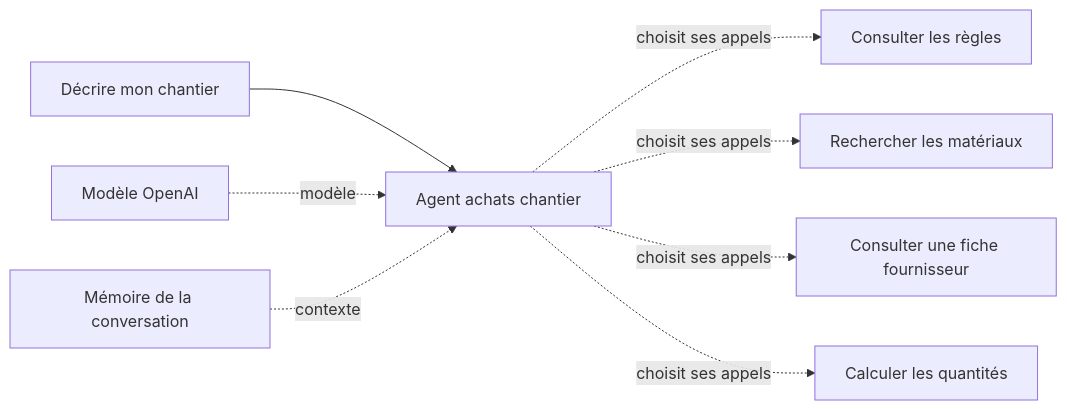
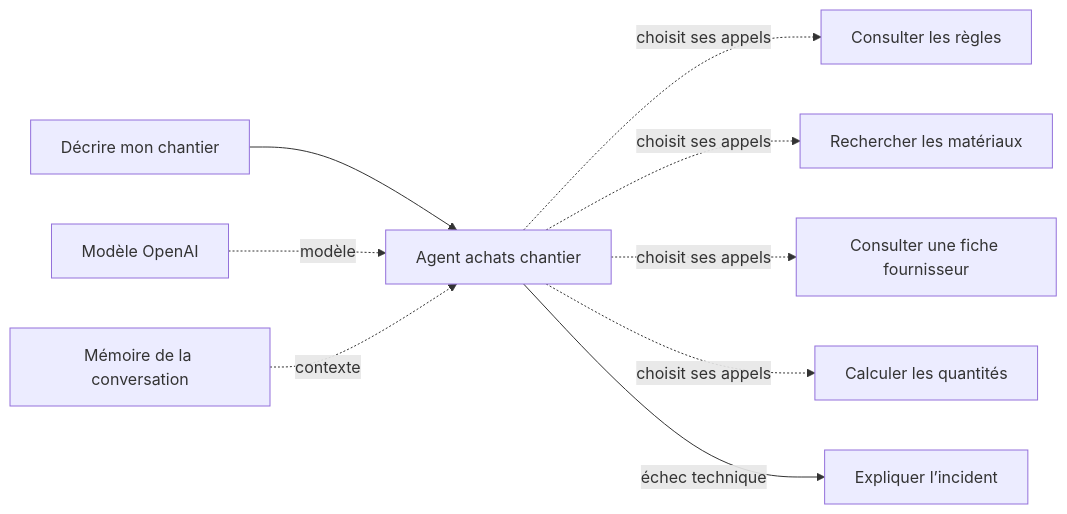
Before and after one commit to nicolashedoire/n8n-docker: the diagram in chantier/docs/GUIDE-ENTRETIEN.md, drawn with Mermaid. The commit also changed other lines of this file and 9 other files, not shown here.

````diff
--- a/chantier/docs/GUIDE-ENTRETIEN.md
+++ b/chantier/docs/GUIDE-ENTRETIEN.md
@@ -17,10 +17,11 @@
 ```mermaid
 flowchart LR
     Chat[Décrire mon chantier] --> Agent[Agent achats chantier]
     Model[Modèle OpenAI] -. modèle .-> Agent
     Memory[Mémoire de la conversation] -. contexte .-> Agent
     Agent -. choisit ses appels .-> Rules[Consulter les règles]
     Agent -. choisit ses appels .-> Search[Rechercher les matériaux]
     Agent -. choisit ses appels .-> Product[Consulter une fiche fournisseur]
     Agent -. choisit ses appels .-> Estimate[Calculer les quantités]
+    Agent -->|échec technique| Incident[Expliquer l’incident]
 ```
````
